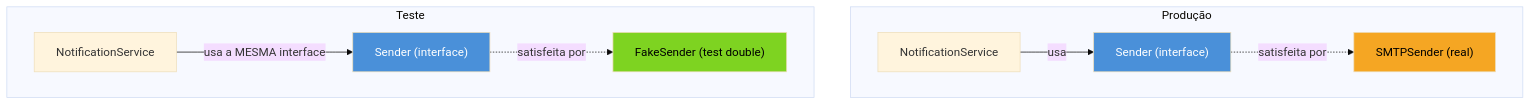
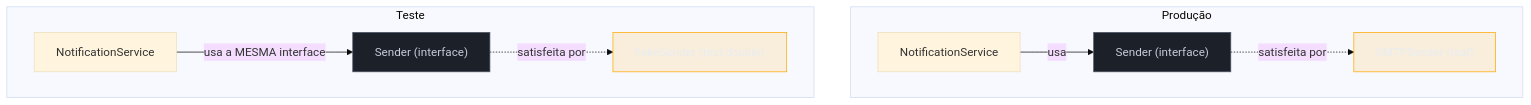
The first of 2 diagrams in 03-Dominios/Tecnologia/Go/15 - Testes/04 - Test doubles — interfaces e mocks.md (josenaldo/codex-technomanticus), drawn with Mermaid (base theme) before and after one commit. The commit also changed 1181 other files, not shown here.

First line of the commit message:
fix(diagramas): paleta do sistema no lugar de cor cravada no markdown

````diff
--- a/03-Dominios/Tecnologia/Go/15 - Testes/04 - Test doubles — interfaces e mocks.md
+++ b/03-Dominios/Tecnologia/Go/15 - Testes/04 - Test doubles — interfaces e mocks.md
@@ -49,16 +49,18 @@
 ```mermaid
 flowchart TB
+    classDef neutro fill:#1B2029,stroke:#4E5666,color:#C6CCD8
+    classDef destaque fill:#FFAA0024,stroke:#FFAA00,color:#E9ECF2
     subgraph Producao["Produção"]
         NS["NotificationService"] -->|usa| I["Sender (interface)"]
         I -.->|satisfeita por| Real["SMTPSender (real)"]
     end
     subgraph Teste["Teste"]
         NS2["NotificationService"] -->|usa a MESMA interface| I2["Sender (interface)"]
         I2 -.->|satisfeita por| Fake["FakeSender (test double)"]
     end
 
-    style I fill:#4A90D9,color:#fff
-    style I2 fill:#4A90D9,color:#fff
-    style Real fill:#F5A623,color:#000
-    style Fake fill:#7ED321,color:#000
+    class I neutro
+    class I2 neutro
+    class Real destaque
+    class Fake destaque
 ```
````
